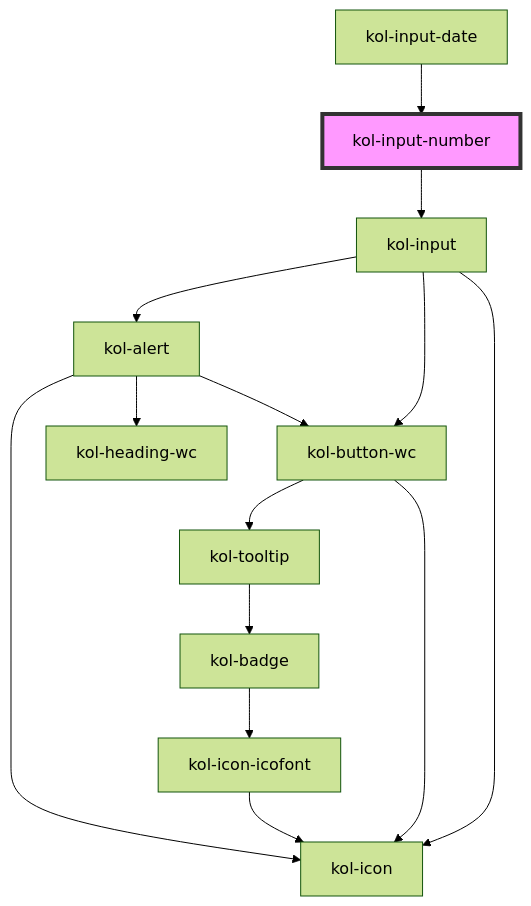
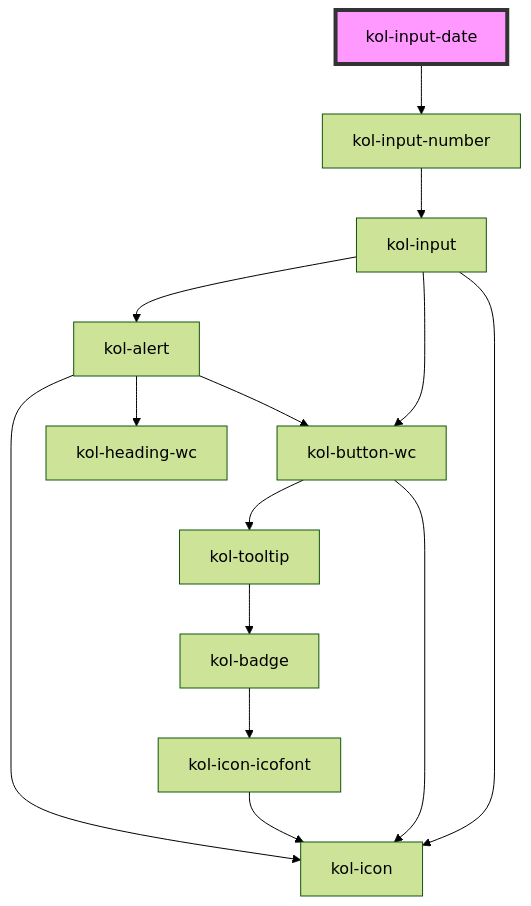
The diagram in packages/library/src/components/input-date/readme.md (public-ui/kolibri), drawn with Mermaid (forest theme) before and after one commit. The commit also changed other lines of this file and 7 other files, not shown here.

First line of the commit message:
feat: input-date component

````diff
--- a/packages/library/src/components/input-date/readme.md
+++ b/packages/library/src/components/input-date/readme.md
@@ -89,17 +89,17 @@
 ```mermaid
 graph TD;
   kol-input-date --> kol-input-number
   kol-input-number --> kol-input
   kol-input --> kol-icon
   kol-input --> kol-button-wc
   kol-input --> kol-alert
   kol-button-wc --> kol-icon
   kol-button-wc --> kol-tooltip
   kol-tooltip --> kol-badge
   kol-badge --> kol-icon-icofont
   kol-icon-icofont --> kol-icon
   kol-alert --> kol-heading-wc
   kol-alert --> kol-button-wc
   kol-alert --> kol-icon
-  style kol-input-number fill:#f9f,stroke:#333,stroke-width:4px
+  style kol-input-date fill:#f9f,stroke:#333,stroke-width:4px
 ```
````
